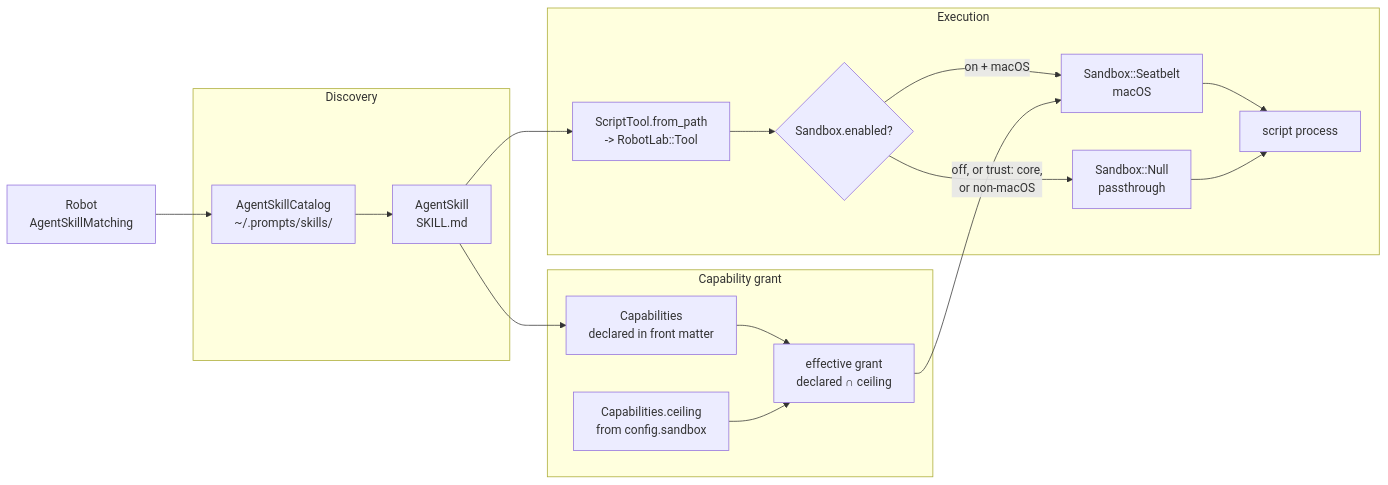
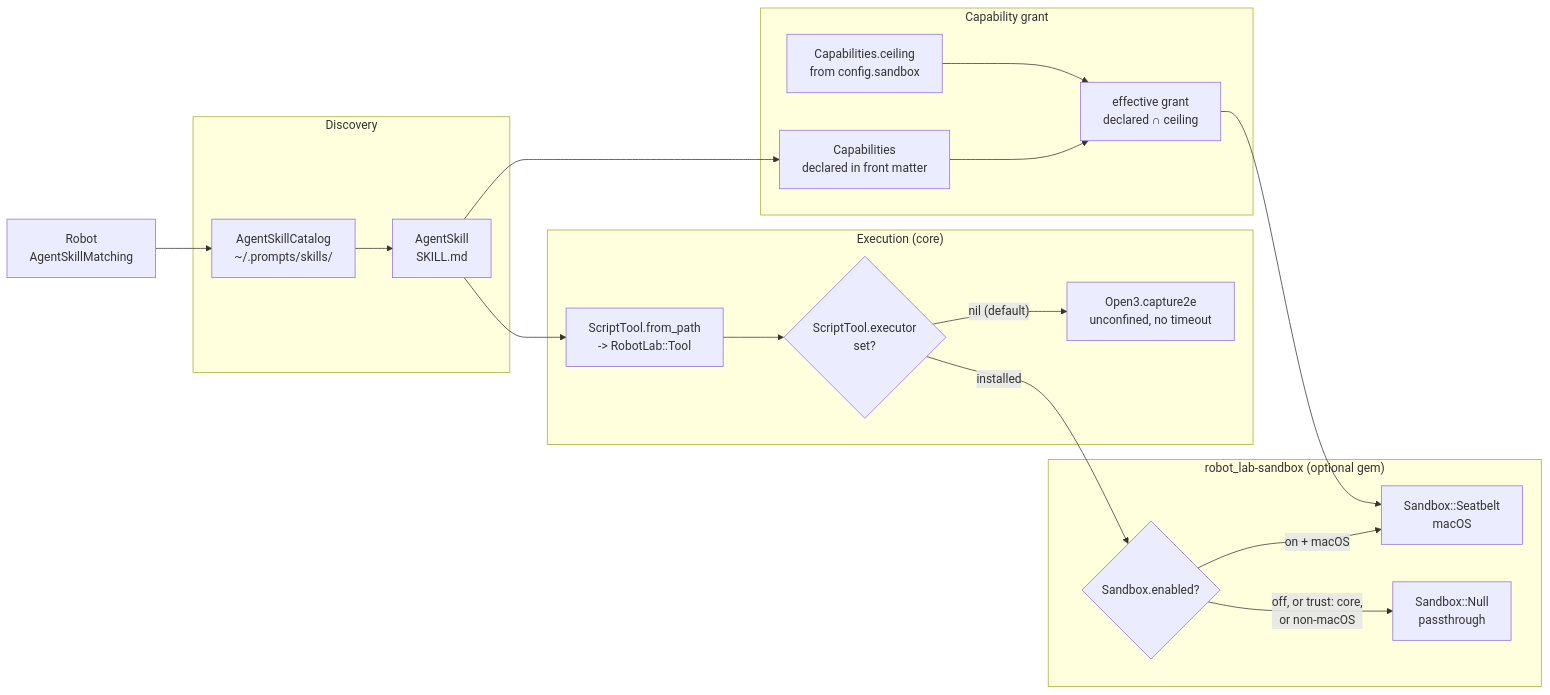
Before and after one commit to MadBomber/robot_lab: the diagram in docs/api/skills.md, drawn with Mermaid. The commit also changed other lines of this file and 16 other files, not shown here.

Commit message:
extracted sandbox for core library

````diff
--- a/docs/api/skills.md
+++ b/docs/api/skills.md
@@ -17,34 +21,38 @@
 ```mermaid
 graph LR
     subgraph "Discovery"
         C[AgentSkillCatalog<br/>~/.prompts/skills/]
         S[AgentSkill<br/>SKILL.md]
     end
 
     subgraph "Capability grant"
         D[Capabilities<br/>declared in front matter]
         CE[Capabilities.ceiling<br/>from config.sandbox]
         G[effective grant<br/>declared ∩ ceiling]
     end
 
-    subgraph "Execution"
+    subgraph "Execution (core)"
         T[ScriptTool.from_path<br/>-> RobotLab::Tool]
+        EX{ScriptTool.executor<br/>set?}
+        UN[Open3.capture2e<br/>unconfined, no timeout]
+    end
+
+    subgraph "robot_lab-sandbox (optional gem)"
         SB{Sandbox.enabled?}
         SE[Sandbox::Seatbelt<br/>macOS]
         NU[Sandbox::Null<br/>passthrough]
-        P[script process]
     end
 
     R[Robot<br/>AgentSkillMatching] --> C
     C --> S
     S --> D
     S --> T
     D --> G
     CE --> G
-    T --> SB
+    T --> EX
+    EX -- "nil (default)" --> UN
+    EX -- "installed" --> SB
     SB -- "off, or trust: core,<br/>or non-macOS" --> NU
     SB -- "on + macOS" --> SE
     G --> SE
-    SE --> P
-    NU --> P
 ```
````
